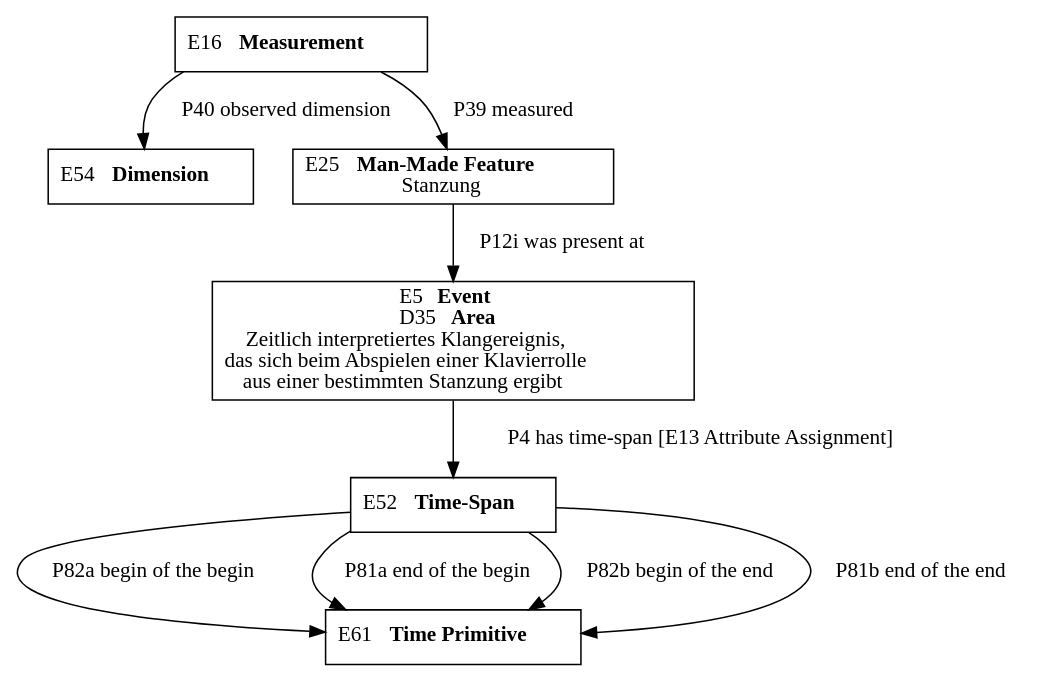
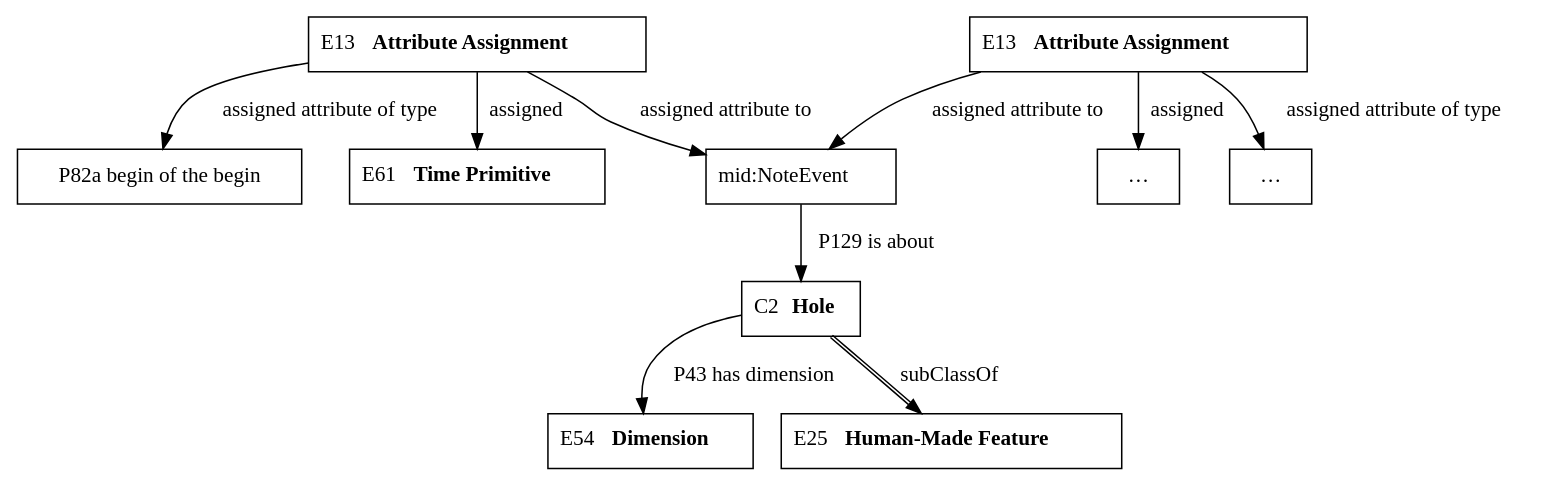
Before and after one commit to pfefferniels/roll-desk: the diagram in figures/data/temporal-interpretation.dot, drawn with Graphviz.

Commit message:
update temporal interpolation graph

```diff
--- a/figures/data/temporal-interpretation.dot
+++ b/figures/data/temporal-interpretation.dot
@@ -1,25 +1,34 @@
 digraph G {
     node [shape="box"]
 
-    Measurement[label=<E16 <B>Measurement</B> >]
     Dimension[label=<E54 <B>Dimension</B>>]
-    Region[label=<E25 <B>Man-Made Feature</B>  <BR/>Stanzung>]
-    Measurement -> Region[label="P39 measured"]
-    Measurement -> Dimension[label="P40 observed dimension"]
 
-    Event[label=<E5 <B>Event</B><BR/>D35 <B>Area</B><BR/>Zeitlich interpretiertes Klangereignis,<BR/>das sich beim Abspielen einer Klavierrolle<BR/>aus einer bestimmten Stanzung ergibt>]
-    TimeSpan[label=<E52 <B>Time-Span</B>>]
+    HumanMadeFeature[label=<E25 <B>Human-Made Feature</B>>]
+    Hole -> HumanMadeFeature[label="subClassOf",color="black:black"]
+    Hole[label=<C2 <B>Hole</B>>]
+    Hole -> Dimension[label="P43 has dimension"]
+    Event[label=<mid:NoteEvent>]
+    
+    Event -> Hole[label="P129 is about"]
 
-    Event -> TimeSpan[label="P4 has time-span [E13 Attribute Assignment]"]
+    E13_1[label=<E13 <B>Attribute Assignment</B>>]
+    E13_2[label=<E13 <B>Attribute Assignment</B>>]
 
-    # or: occured in the presence of
-    Region -> Event[label="P12i was present at"]
- 
+    E13_1 -> Event[label="assigned attribute to"]
+    E13_2 -> Event[label="assigned attribute to"]
+
+    E13_1 -> Zeitpunkt[label="assigned"]
+    E13_1 -> "P82a begin of the begin"[label="assigned attribute of type"]
+
+    Etc1[label="…"]
+    Etc2[label="…"]
+    E13_2 -> Etc1[label="assigned"]
+    E13_2 -> Etc2[label="assigned attribute of type"]
+
     Zeitpunkt[label=<E61 <B>Time Primitive</B>>]
 
-    TimeSpan -> Zeitpunkt[label="P82a begin of the begin"]
-    TimeSpan -> Zeitpunkt[label="P81a end of the begin"]
-
-    TimeSpan -> Zeitpunkt[label="P82b begin of the end"]
-    TimeSpan -> Zeitpunkt[label="P81b end of the end"]
+    # P82a begin of the begin
+    # P81a end of the begin
+    # TimeSpan -> Zeitpunkt[label="P82b begin of the end"]
+    # TimeSpan -> Zeitpunkt[label="P81b end of the end"]
 }
```
